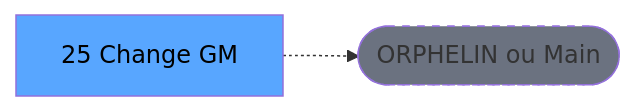
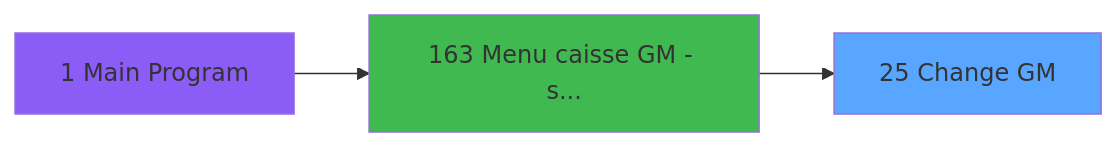
The third of 4 diagrams in .openspec/specs/ADH-IDE-25.md (thonyAGP/magic-migration), drawn with Mermaid before and after one commit. The commit also changed other lines of this file and 253 other files, not shown here.

````diff
--- a/.openspec/specs/ADH-IDE-25.md
+++ b/.openspec/specs/ADH-IDE-25.md
@@ -130,8 +2447,11 @@
 ```mermaid
 graph LR
-    T[25 Change GM]
-    ORPHAN([ORPHELIN ou Main])
-    T -.-> ORPHAN
-    style T fill:#58a6ff,color:#000
-    style ORPHAN fill:#6b7280,stroke-dasharray: 5 5
+    T25[25 Change GM]
+    style T25 fill:#58a6ff
+    CC1[1 Main Program]
+    style CC1 fill:#8b5cf6
+    CC163[163 Menu caisse GM - s...]
+    style CC163 fill:#3fb950
+    CC1 --> CC163
+    CC163 --> T25
 ```
````
